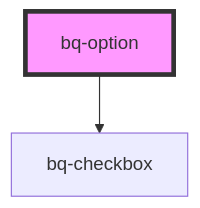
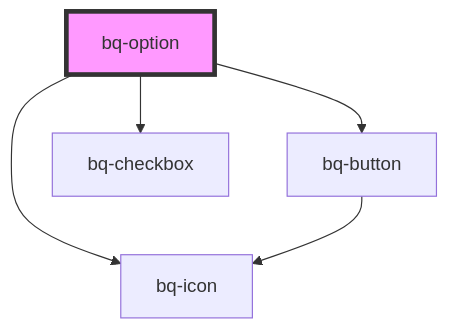
Before and after one commit to Endava/BEEQ: the diagram in packages/beeq/src/components/option/readme.md, drawn with Mermaid. The commit also changed other lines of this file and 11 other files, not shown here.

````diff
--- a/packages/beeq/src/components/option/readme.md
+++ b/packages/beeq/src/components/option/readme.md
@@ -66,5 +77,8 @@
 ```mermaid
 graph TD;
+  bq-option --> bq-button
+  bq-option --> bq-icon
   bq-option --> bq-checkbox
+  bq-button --> bq-icon
   style bq-option fill:#f9f,stroke:#333,stroke-width:4px
 ```
````
